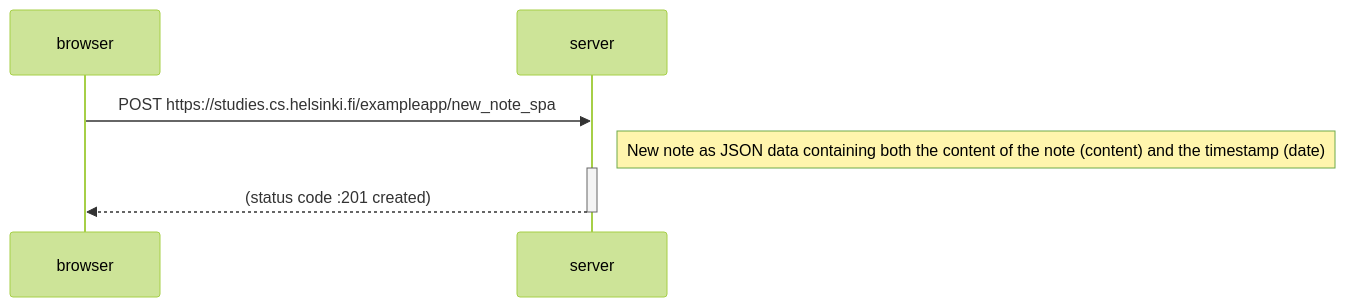
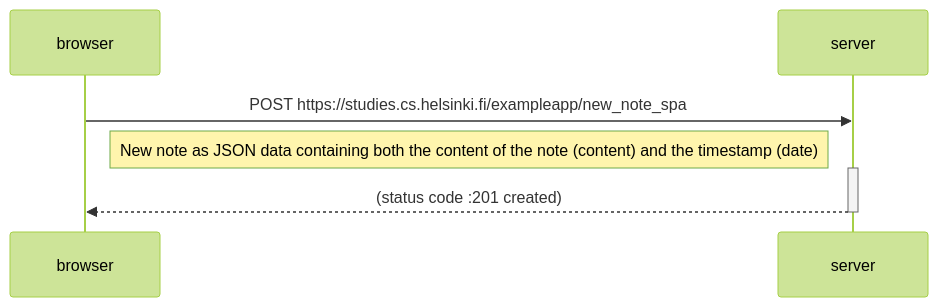
Before and after one commit to andersonkwok/git001: the diagram in 0.6.md, drawn with Mermaid (forest theme).

````diff
--- a/0.6.md
+++ b/0.6.md
@@ -2,13 +2,13 @@
 ```mermaid
 sequenceDiagram
     participant browser
     participant server
 
     browser->>server: POST https://studies.cs.helsinki.fi/exampleapp/new_note_spa
-    Note right of server: New note as JSON data containing both the content of the note (content) and the timestamp (date)
+    Note left of server: New note as JSON data containing both the content of the note (content) and the timestamp (date)
     activate server
     server-->>browser: (status code :201 created)
     deactivate server
 
 
 ```
````
